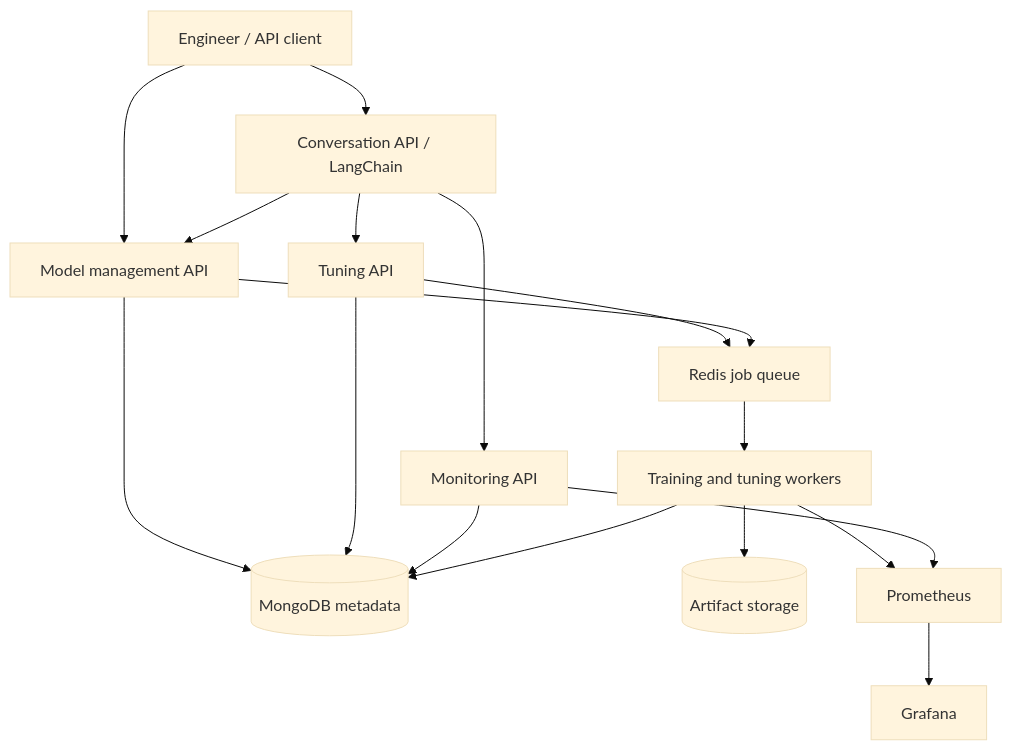
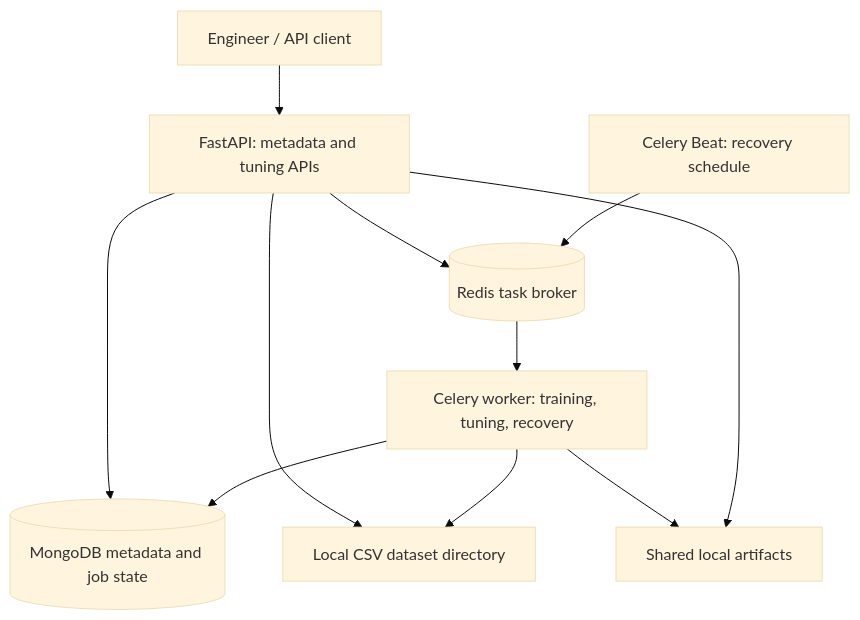
The diagram in README.md (JacobHermsmeyer21/ML-Pipeline-Pro), drawn with Mermaid (base theme) before and after one commit. The commit also changed other lines of this file and 5 other files, not shown here.

````diff
--- a/README.md
+++ b/README.md
@@ -48,19 +48,13 @@
 ```mermaid
 flowchart TD
-    Engineer[Engineer / API client] --> Assistant[Conversation API / LangChain]
-    Engineer --> Models[Model management API]
-    Assistant --> Models
-    Assistant --> Tuning[Tuning API]
-    Assistant --> Monitoring[Monitoring API]
-    Models --> Mongo[(MongoDB metadata)]
-    Tuning --> Mongo
-    Monitoring --> Mongo
-    Tuning --> Queue[Redis job queue]
-    Models --> Queue
-    Queue --> Workers[Training and tuning workers]
+    Engineer[Engineer / API client] --> API[FastAPI: metadata and tuning APIs]
+    API --> Mongo[(MongoDB metadata and job state)]
+    API --> Queue[(Redis task broker)]
+    Scheduler[Celery Beat: recovery schedule] --> Queue
+    Queue --> Workers[Celery worker: training, tuning, recovery]
     Workers --> Mongo
-    Workers --> Artifacts[(Artifact storage)]
-    Workers --> Metrics[Prometheus]
-    Monitoring --> Metrics
-    Metrics --> Dashboards[Grafana]
+    API --> Data[Local CSV dataset directory]
+    Workers --> Data
+    Workers --> Artifacts[Shared local artifacts]
+    API --> Artifacts
 ```
````
